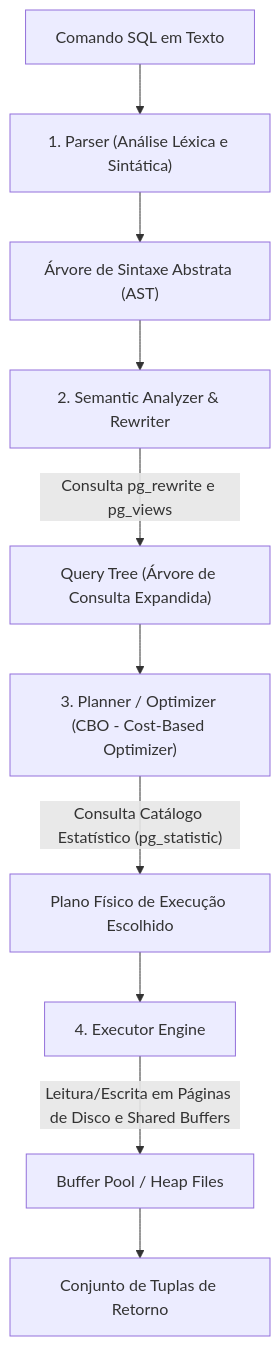
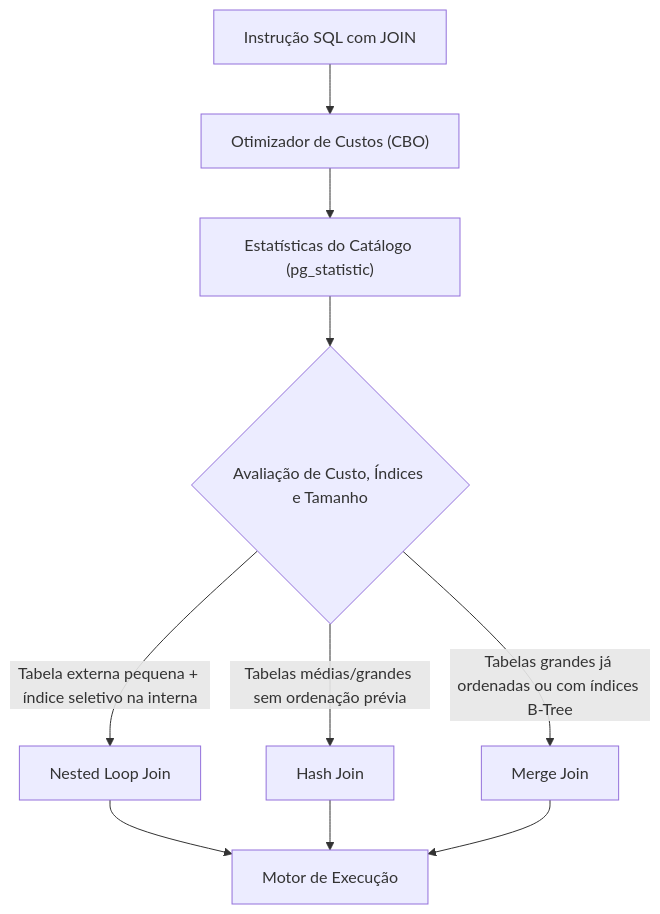
Before and after one commit to murilolol/unifef: the third of 11 diagrams in 4º Semestre/[Prof. Welington Garcia] Tópicos Avançados em Banco de Dados/Resumos-IA/Caderno-Consolidado.md, drawn with Mermaid. The commit also changed other lines of this file and 18 other files, not shown here.

````diff
--- a/4º Semestre/[Prof. Welington Garcia] Tópicos Avançados em Banco de Dados/Resumos-IA/Caderno-Consolidado.md
+++ b/4º Semestre/[Prof. Welington Garcia] Tópicos Avançados em Banco de Dados/Resumos-IA/Caderno-Consolidado.md
@@ -163,12 +225,14 @@
 ```mermaid
 flowchart TD
-    SQL["Comando SQL em Texto"] --> Parser["1. Parser (Análise Léxica e Sintática)"]
-    Parser --> AST["Árvore de Sintaxe Abstrata (AST)"]
-    AST --> Analyzer["2. Semantic Analyzer & Rewriter"]
-    Analyzer -->|"Consulta pg_rewrite e pg_views"| QueryTree["Query Tree (Árvore de Consulta Expandida)"]
-    QueryTree --> Planner["3. Planner / Optimizer (CBO - Cost-Based Optimizer)"]
-    Planner -->|"Consulta Catálogo Estatístico (pg_statistic)"| Plan["Plano Físico de Execução Escolhido"]
-    Plan --> Executor["4. Executor Engine"]
-    Executor -->|"Leitura/Escrita em Páginas de Disco e Shared Buffers"| Buffer["Buffer Pool / Heap Files"]
-    Buffer --> Saida["Conjunto de Tuplas de Retorno"]
+  InQuery["Instrução SQL com JOIN"] --> Planner["Otimizador de Custos (CBO)"]
+  Planner --> Stats["Estatísticas do Catálogo (pg_statistic)"]
+  Stats --> Decision{"Avaliação de Custo, Índices e Tamanho"}
+  
+  Decision -->|"Tabela externa pequena + índice seletivo na interna"| NL["Nested Loop Join"]
+  Decision -->|"Tabelas médias/grandes sem ordenação prévia"| HJ["Hash Join"]
+  Decision -->|"Tabelas grandes já ordenadas ou com índices B-Tree"| MJ["Merge Join"]
+
+  NL --> Exec["Motor de Execução"]
+  HJ --> Exec
+  MJ --> Exec
 ```
````
